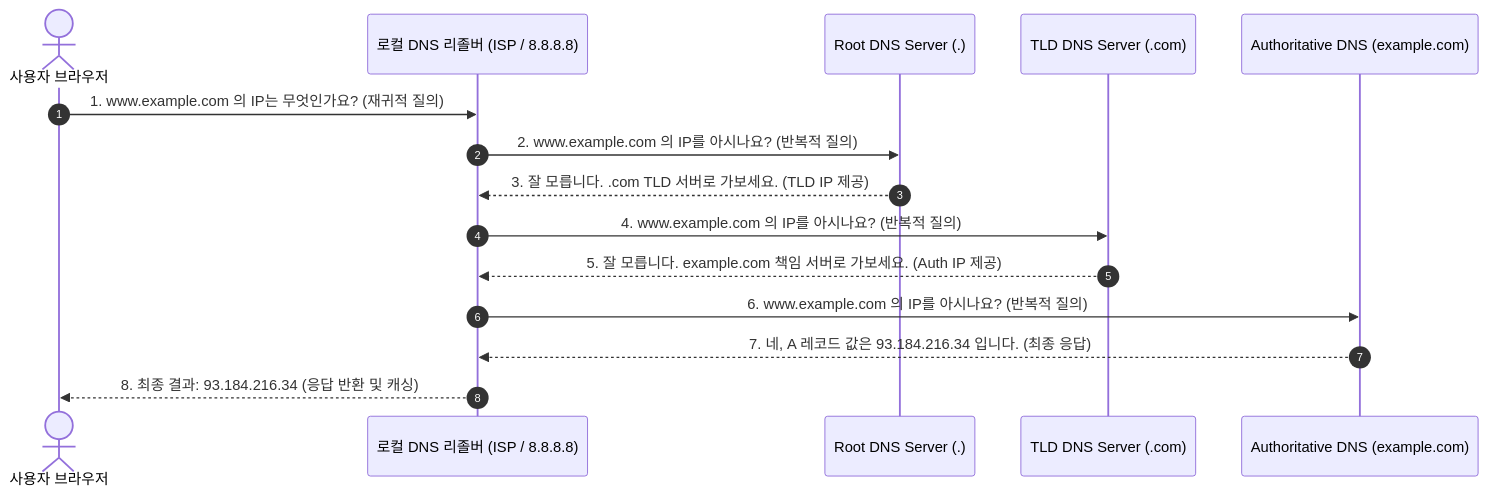
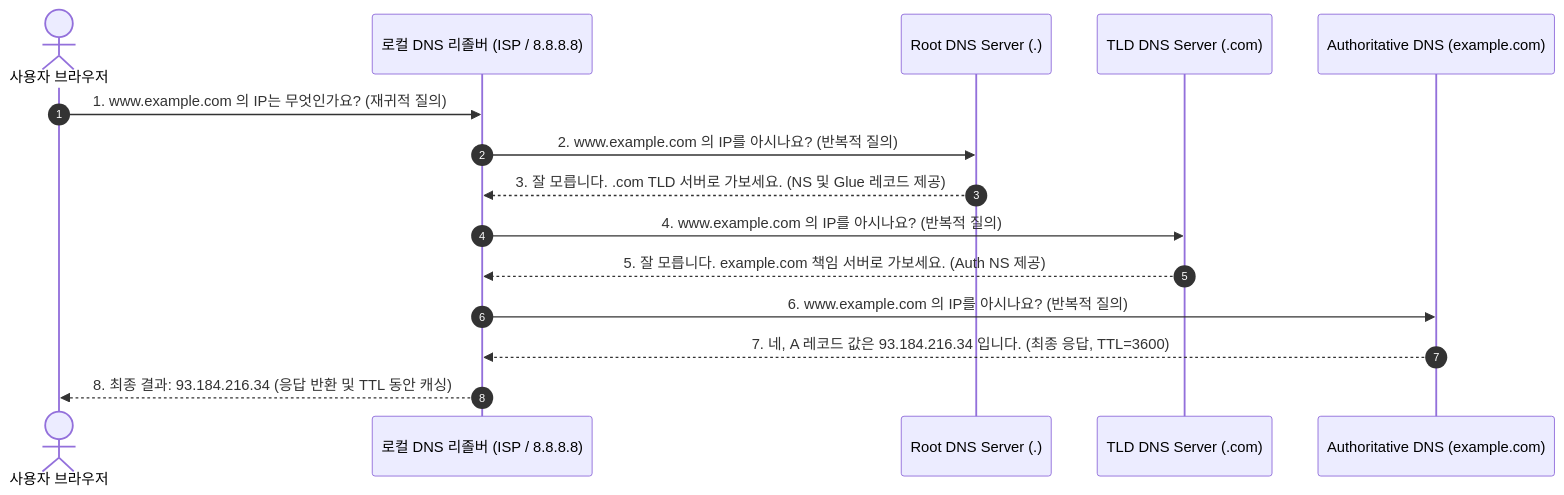
One commit to keimania/tech-notes changed the fourth of 11 diagrams in 08_네트워크_기술.md. Above: the diagram before and after it, drawn with Mermaid. The commit also changed other lines of this file and 12 other files, not shown here.

````diff
--- a/08_네트워크_기술.md
+++ b/08_네트워크_기술.md
@@ -180,22 +204,22 @@
 ```mermaid
 sequenceDiagram
     autonumber
     actor User as 사용자 브라우저
     participant Resolver as 로컬 DNS 리졸버 (ISP / 8.8.8.8)
     participant Root as Root DNS Server (.)
     participant TLD as TLD DNS Server (.com)
     participant Auth as Authoritative DNS (example.com)
 
     User->>Resolver: 1. www.example.com 의 IP는 무엇인가요? (재귀적 질의)
     
     Resolver->>Root: 2. www.example.com 의 IP를 아시나요? (반복적 질의)
-    Root-->>Resolver: 3. 잘 모릅니다. .com TLD 서버로 가보세요. (TLD IP 제공)
+    Root-->>Resolver: 3. 잘 모릅니다. .com TLD 서버로 가보세요. (NS 및 Glue 레코드 제공)
 
     Resolver->>TLD: 4. www.example.com 의 IP를 아시나요? (반복적 질의)
-    TLD-->>Resolver: 5. 잘 모릅니다. example.com 책임 서버로 가보세요. (Auth IP 제공)
+    TLD-->>Resolver: 5. 잘 모릅니다. example.com 책임 서버로 가보세요. (Auth NS 제공)
 
     Resolver->>Auth: 6. www.example.com 의 IP를 아시나요? (반복적 질의)
-    Auth-->>Resolver: 7. 네, A 레코드 값은 93.184.216.34 입니다. (최종 응답)
+    Auth-->>Resolver: 7. 네, A 레코드 값은 93.184.216.34 입니다. (최종 응답, TTL=3600)
 
-    Resolver-->>User: 8. 최종 결과: 93.184.216.34 (응답 반환 및 캐싱)
+    Resolver-->>User: 8. 최종 결과: 93.184.216.34 (응답 반환 및 TTL 동안 캐싱)
 ```
````
